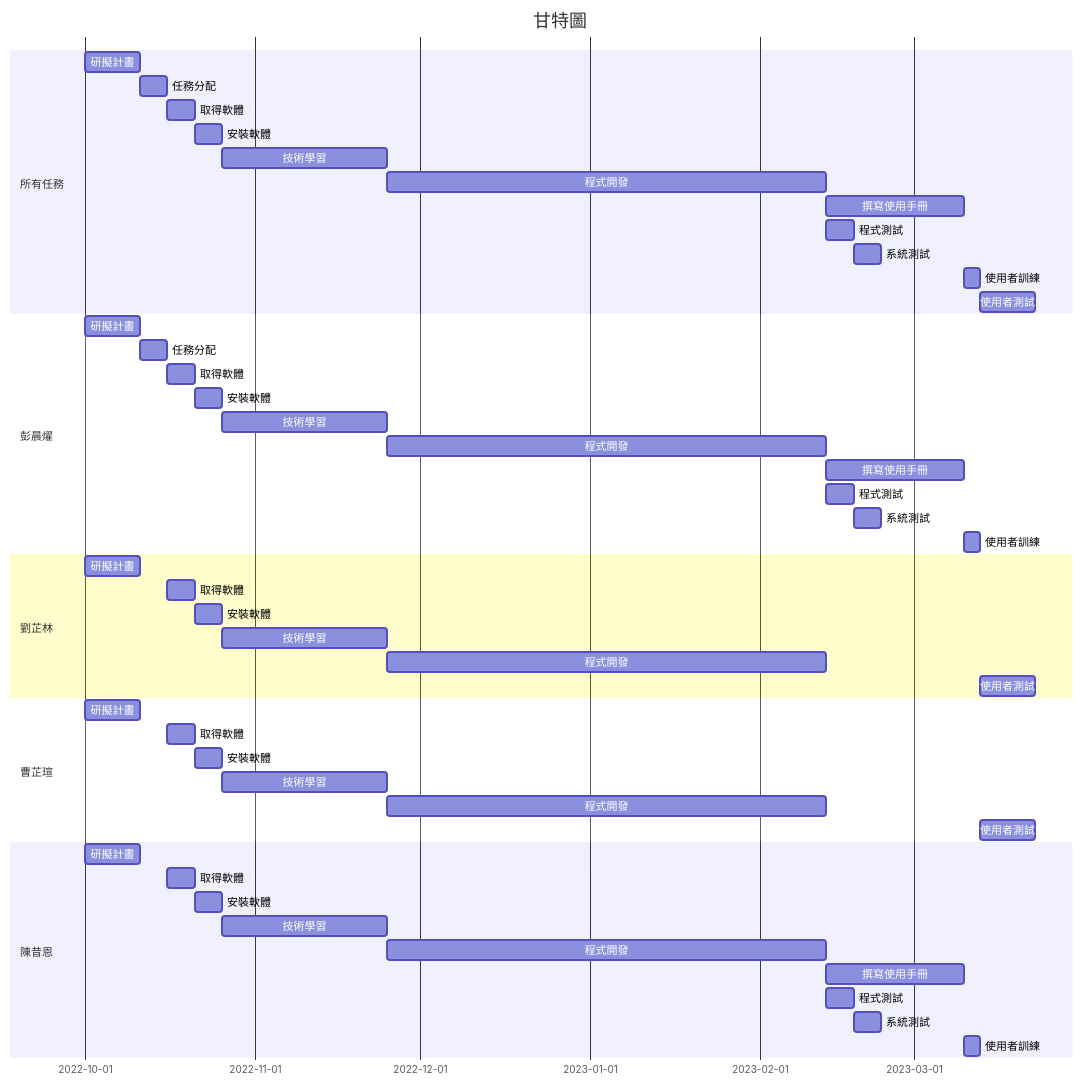
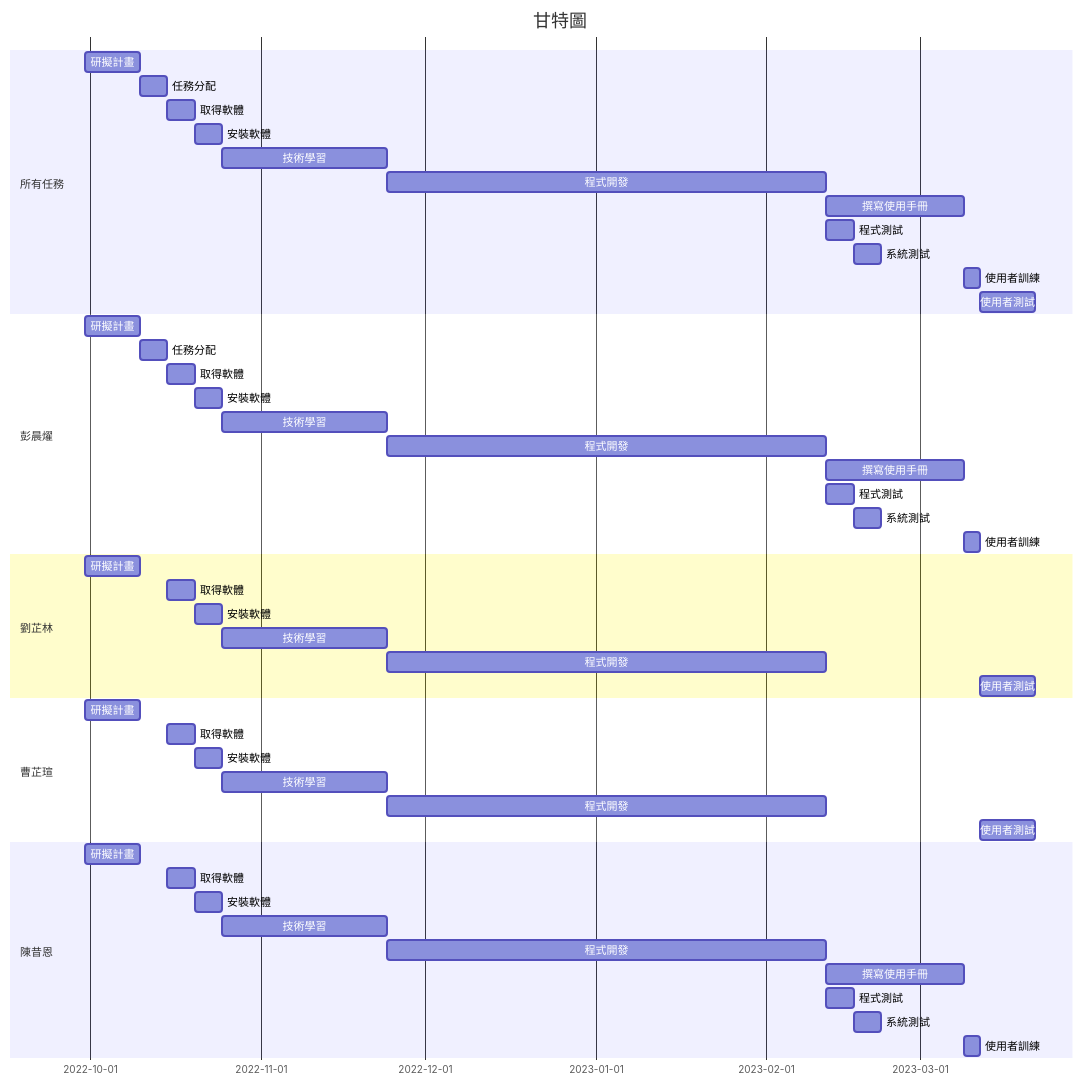
The first of 3 diagrams in Group13/group13.md (David74091/-systemAnalizeDesign), drawn with Mermaid before and after one commit. The commit also changed other lines of this file, not shown here.

````diff
--- a/Group13/group13.md
+++ b/Group13/group13.md
@@ -20,52 +22,52 @@
 ```mermaid
 gantt
     title 甘特圖
     dateFormat  YYYY-MM-DD
     section 所有任務
-    研擬計畫: a1, 2022-09-31, 10d
+    研擬計畫: a1, 2022-09-30, 10d
     任務分配: a2,after a1, 5d
     取得軟體: a3, after a2, 5d
     安裝軟體: a4, after a3, 5d
     技術學習: a5, after a4, 30d
     程式開發: a6, after a5, 80d
     撰寫使用手冊: a7, after a6, 25d
     程式測試: a8, after a6, 5d
     系統測試: a9, after a8, 5d
     使用者訓練: a10, after a7, 3d
     使用者測試: a11, after a10, 10d 
     section 彭晨燿
-    研擬計畫: a1, 2022-09-31, 10d
+    研擬計畫: a1, 2022-09-30, 10d
     任務分配: a2,after a1, 5d
     取得軟體: a3, after a2, 5d
     安裝軟體: a4, after a3, 5d
     技術學習: a5, after a4, 30d
     程式開發: a6, after a5, 80d
     撰寫使用手冊: a7, after a6, 25d
     程式測試: a8, after a6, 5d
     系統測試: a9, after a8, 5d
     使用者訓練: a10, after a7, 3d
     section 劉芷林
-    研擬計畫: a1, 2022-09-31, 10d
+    研擬計畫: a1, 2022-09-30, 10d
     取得軟體: a3, after a2, 5d
     安裝軟體: a4, after a3, 5d
     技術學習: a5, after a4, 30d
     程式開發: a6, after a5, 80d
     使用者測試: a11, after a10, 10d 
     section 曹芷瑄
-    研擬計畫: a1, 2022-09-31, 10d
+    研擬計畫: a1, 2022-09-30, 10d
     取得軟體: a3, after a2, 5d
     安裝軟體: a4, after a3, 5d
     技術學習: a5, after a4, 30d
     程式開發: a6, after a5, 80d
     使用者測試: a11, after a10, 10d 
     section 陳昔恩
-    研擬計畫: a1, 2022-09-31, 10d
+    研擬計畫: a1, 2022-09-30, 10d
     取得軟體: a3, after a2, 5d
     安裝軟體: a4, after a3, 5d
     技術學習: a5, after a4, 30d
     程式開發: a6, after a5, 80d
     撰寫使用手冊: a7, after a6, 25d
     程式測試: a8, after a6, 5d
     系統測試: a9, after a8, 5d
     使用者訓練: a10, after a7, 3d
    ```
````
